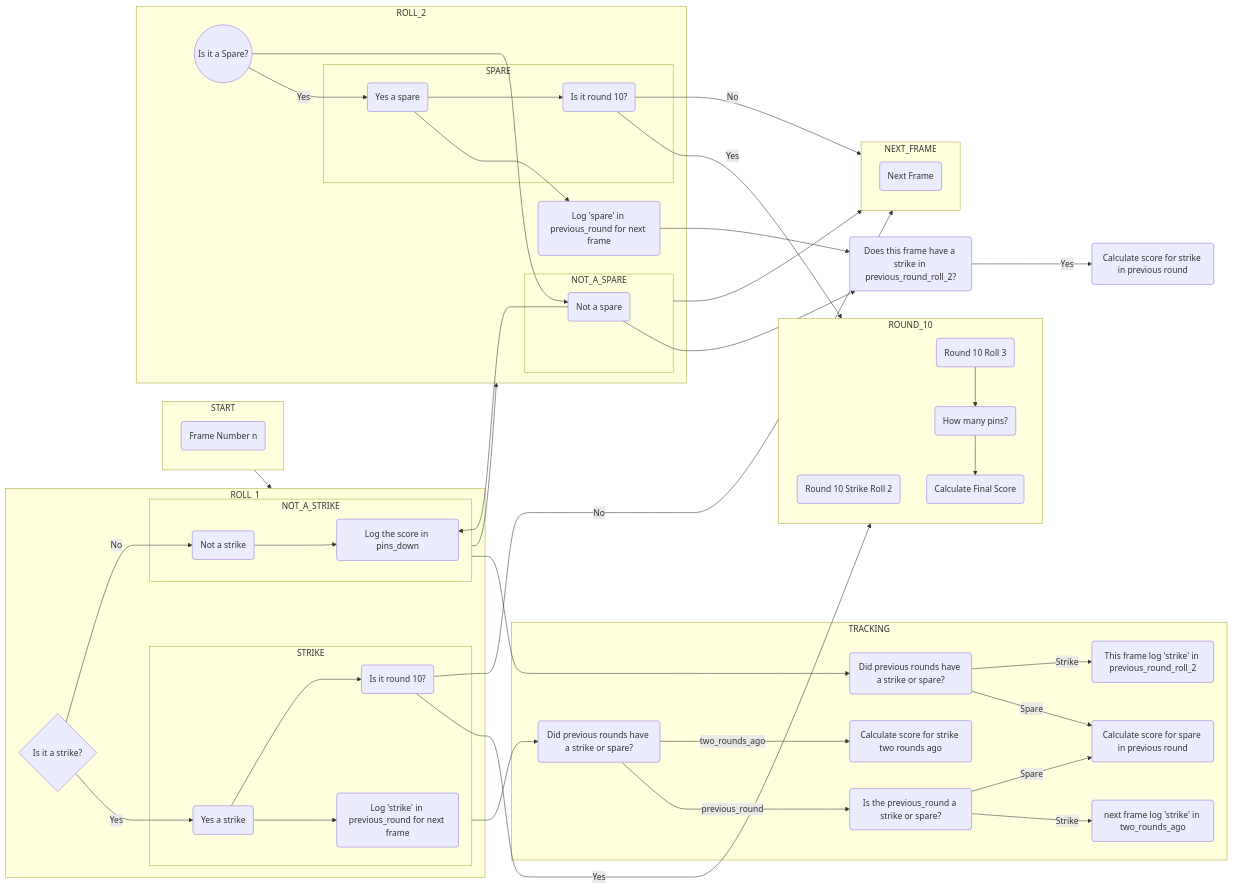
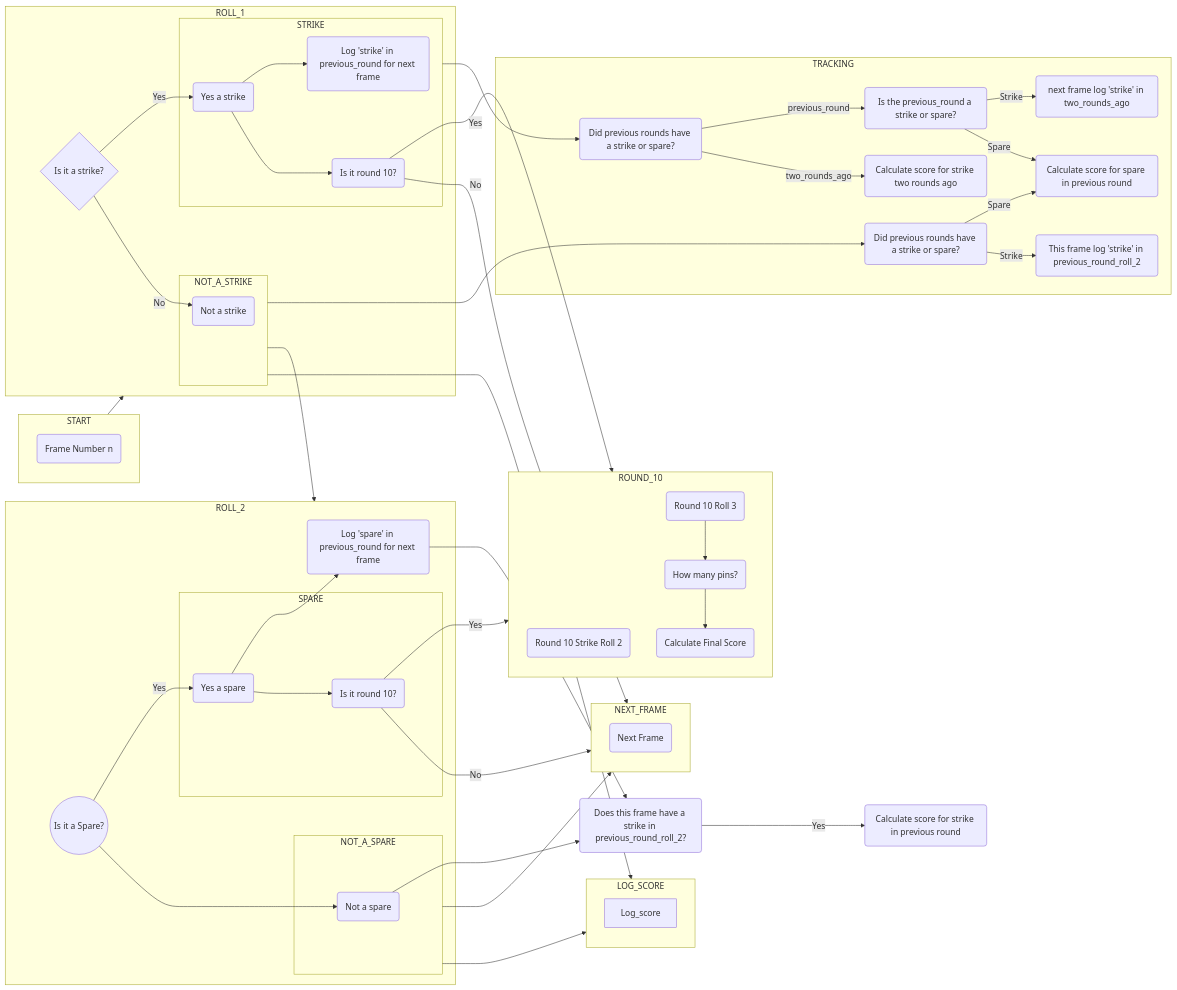
The diagram in README.md (gawainhewitt/bowling-challenge-ruby), drawn with Mermaid before and after one commit.

Commit message:
still not there - pushing for safety

```diff
--- a/README.md
+++ b/README.md
@@ -19,7 +19,6 @@
     G(next frame log 'strike' in two_rounds_ago)
     H(Calculate score for spare in previous round)
     I((Is it a Spare?))
-    J(Log the score in pins_down)
     K(Log 'spare' in previous_round for next frame)
     L(Does this frame have a strike in previous_round_roll_2?)
     P(Not a spare)
@@ -49,7 +48,7 @@
             S --> EA
         end
         subgraph NOT_A_STRIKE
-            T --> J
+            T 
         end
     end
     subgraph ROLL_2
@@ -62,6 +61,10 @@
         subgraph NOT_A_SPARE
             P
         end
+    end
+
+     subgraph LOG_SCORE
+        Log_score
     end
     
     subgraph TRACKING
@@ -81,6 +84,7 @@
     subgraph NEXT_FRAME
         DA
     end
+   
     
     START --> ROLL_1
     NOT_A_STRIKE --> V
@@ -90,9 +94,10 @@
     NOT_A_SPARE --> NEXT_FRAME
     EA -->|Yes|ROUND_10
     EA -->|No|NEXT_FRAME
+    NOT_A_STRIKE --> LOG_SCORE
     
     
-    P --> J
+    NOT_A_SPARE --> LOG_SCORE
     K --> L
     L -->|Yes|X
     P --> L
```
